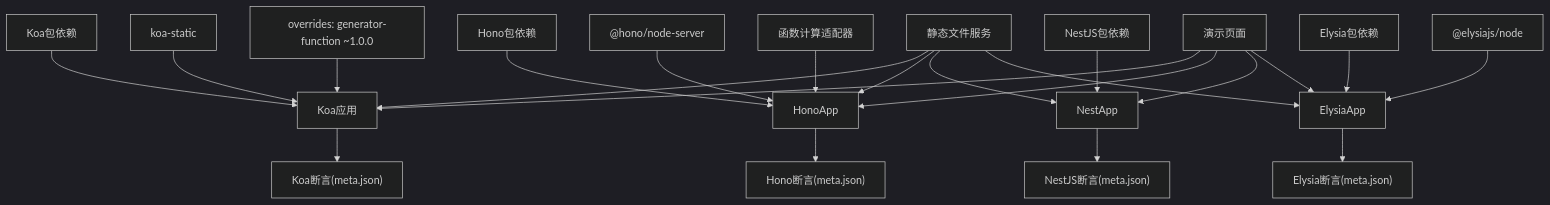
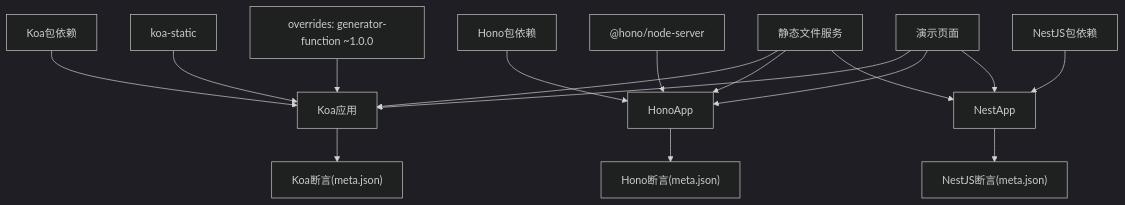
Before and after one commit to esa-sp/test-for-aone-ci: the eighth of 8 diagrams in .qoder/repowiki/zh/content/后端框架测试/Koa、Hono、NestJS框架测试.md, drawn with Mermaid (dark theme). The commit also changed other lines of this file and 31 other files, not shown here.

````diff
--- a/.qoder/repowiki/zh/content/后端框架测试/Koa、Hono、NestJS框架测试.md
+++ b/.qoder/repowiki/zh/content/后端框架测试/Koa、Hono、NestJS框架测试.md
@@ -587,24 +462,18 @@
 ```mermaid
 graph TB
 KoaPkg["Koa包依赖"] --> KoaApp["Koa应用"]
 KoaStatic["koa-static"] --> KoaApp
 KoaOverrides["overrides: generator-function ~1.0.0"] --> KoaApp
 HonoPkg["Hono包依赖"] --> HonoApp
 HonoNodeServer["@hono/node-server"] --> HonoApp
-HonoFC["函数计算适配器"] --> HonoApp
 NestPkg["NestJS包依赖"] --> NestApp
-ElysiaPkg["Elysia包依赖"] --> ElysiaApp
-ElysiaNode["@elysiajs/node"] --> ElysiaApp
 StaticFiles["静态文件服务"] --> KoaApp
 StaticFiles --> HonoApp
 StaticFiles --> NestApp
-StaticFiles --> ElysiaApp
 DemoPages["演示页面"] --> KoaApp
 DemoPages --> HonoApp
 DemoPages --> NestApp
-DemoPages --> ElysiaApp
 KoaApp --> KoaMeta["Koa断言(meta.json)"]
 HonoApp --> HonoMeta["Hono断言(meta.json)"]
 NestApp --> NestMeta["NestJS断言(meta.json)"]
-ElysiaApp --> ElysiaMeta["Elysia断言(meta.json)"]
 ```
````
